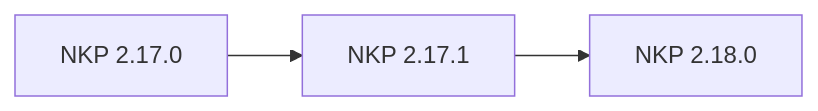
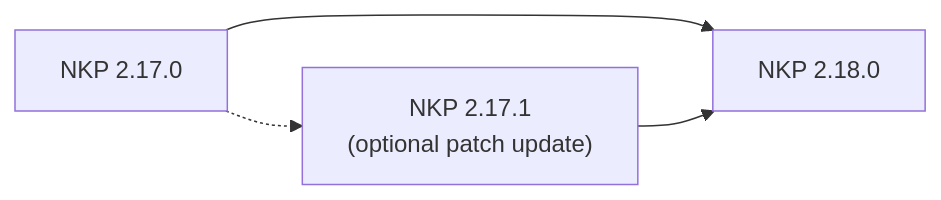
The diagram in docs/upgrades/index.md (jlnhnng/nkp-field-docs), drawn with Mermaid before and after one commit. The commit also changed other lines of this file and 4 other files, not shown here.

````diff
--- a/docs/upgrades/index.md
+++ b/docs/upgrades/index.md
@@ -10,4 +10,6 @@
 ```mermaid
 flowchart LR
-    a["NKP 2.17.0"] --> b["NKP 2.17.1"] --> c["NKP 2.18.0"]
+    a["NKP 2.17.0"] --> c["NKP 2.18.0"]
+    a -.-> b["NKP 2.17.1<br/>(optional patch update)"]
+    b --> c
 ```
````
